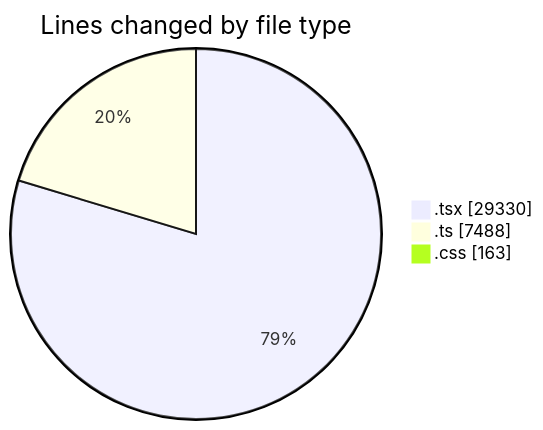
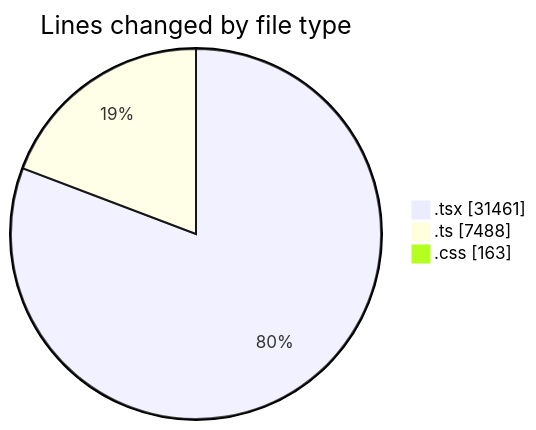
The first of 2 diagrams in 2026-08-23/nxtqube_webapp/README.md (nxtqubesakshisongat/code-tracking), drawn with Mermaid before and after one commit. The commit also changed other lines of this file and 1 other file, not shown here.

````diff
--- a/2026-08-23/nxtqube_webapp/README.md
+++ b/2026-08-23/nxtqube_webapp/README.md
@@ -84,7 +86,7 @@
 ```mermaid
 pie showData
 title Lines changed by file type
-".tsx" : 29330
+".tsx" : 31461
 ".ts" : 7488
 ".css" : 163
 ```
````
